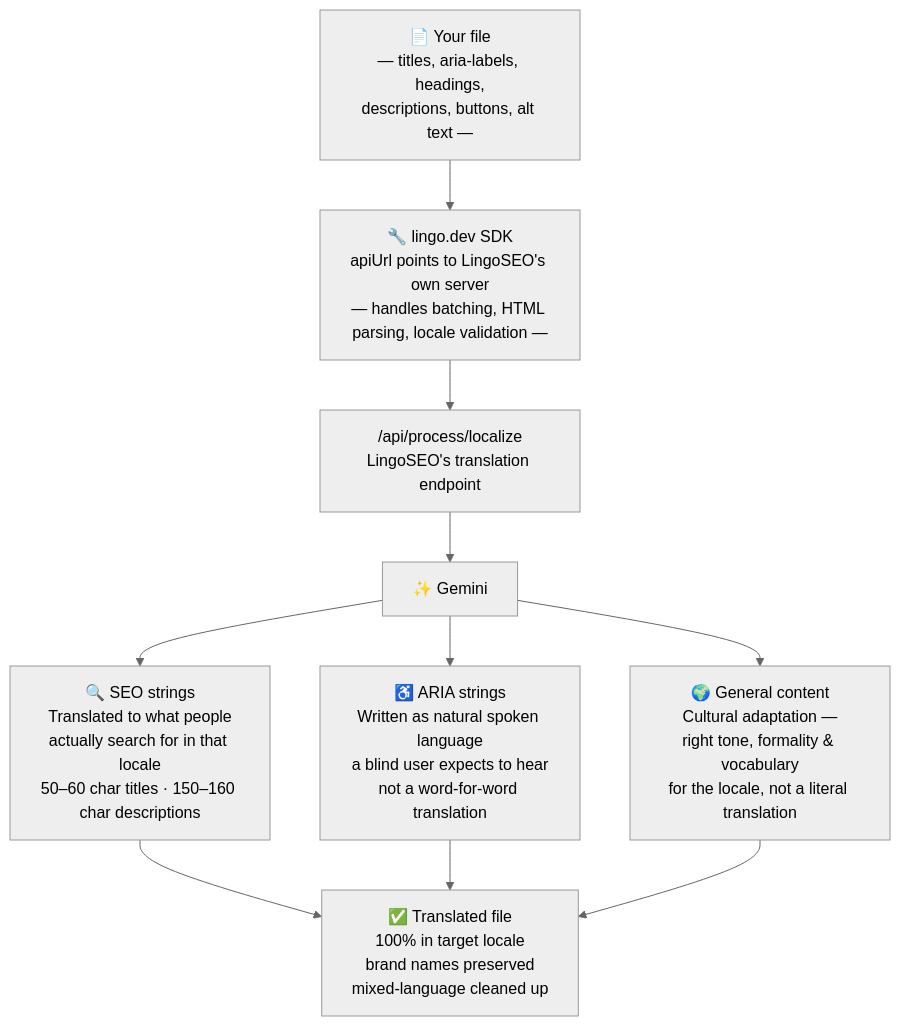
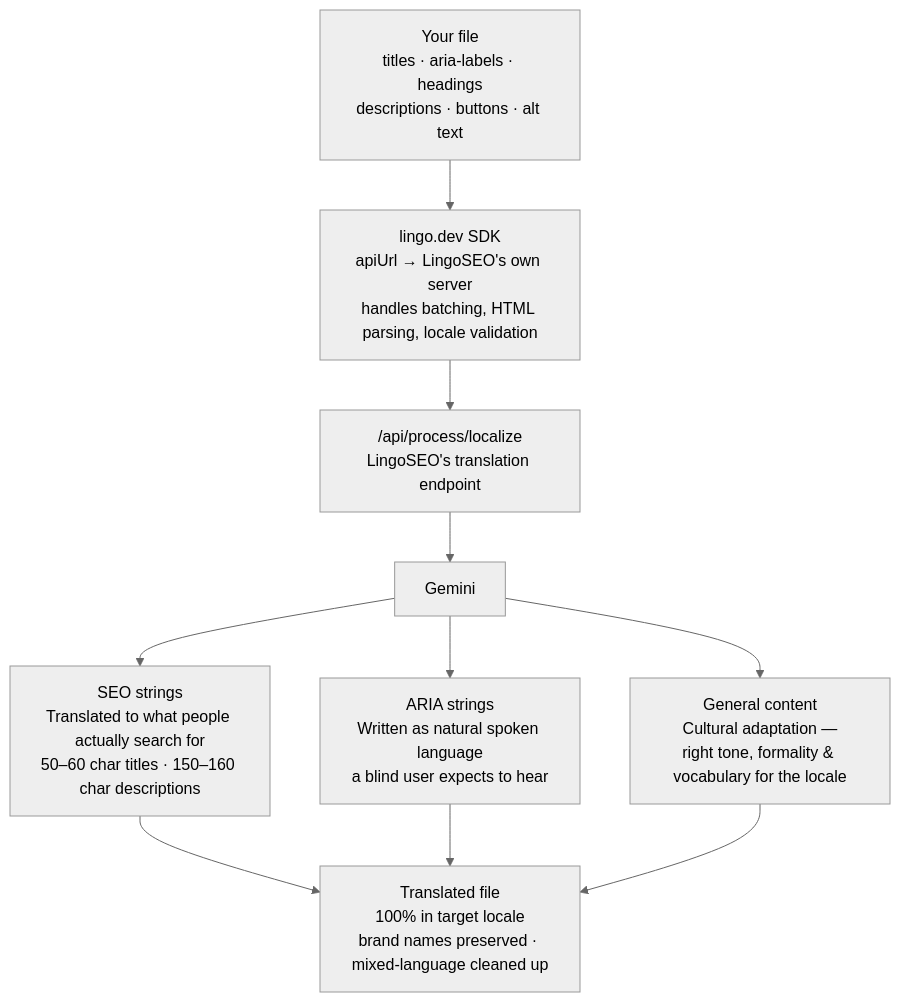
Before and after one commit to akiraid64/lingoseo: the diagram in README.md, drawn with Mermaid (neutral theme).

Commit message:
Fix Mermaid line breaks (use <br/> not \n) and remove emojis from diagram

````diff
--- a/README.md
+++ b/README.md
@@ -85,15 +85,15 @@
 ```mermaid
 flowchart TD
-    IN["📄 Your file\n— titles, aria-labels, headings,\ndescriptions, buttons, alt text —"]
-    IN --> SDK["🔧 lingo.dev SDK\napiUrl points to LingoSEO's own server\n— handles batching, HTML parsing, locale validation —"]
-    SDK --> LOC["/api/process/localize\nLingoSEO's translation endpoint"]
-    LOC --> GEM["✨ Gemini"]
+    IN["Your file<br/>titles · aria-labels · headings<br/>descriptions · buttons · alt text"]
+    IN --> SDK["lingo.dev SDK<br/>apiUrl → LingoSEO's own server<br/>handles batching, HTML parsing, locale validation"]
+    SDK --> LOC["/api/process/localize<br/>LingoSEO's translation endpoint"]
+    LOC --> GEM["Gemini"]
 
-    GEM --> SEO["🔍 SEO strings\nTranslated to what people\nactually search for in that locale\n50–60 char titles · 150–160 char descriptions"]
-    GEM --> ARIA["♿ ARIA strings\nWritten as natural spoken language\na blind user expects to hear\nnot a word-for-word translation"]
-    GEM --> GEN["🌍 General content\nCultural adaptation —\nright tone, formality & vocabulary\nfor the locale, not a literal translation"]
+    GEM --> SEO["SEO strings<br/>Translated to what people actually search for<br/>50–60 char titles · 150–160 char descriptions"]
+    GEM --> ARIA["ARIA strings<br/>Written as natural spoken language<br/>a blind user expects to hear"]
+    GEM --> GEN["General content<br/>Cultural adaptation —<br/>right tone, formality & vocabulary for the locale"]
 
-    SEO --> OUT["✅ Translated file\n100% in target locale\nbrand names preserved\nmixed-language cleaned up"]
+    SEO --> OUT["Translated file<br/>100% in target locale<br/>brand names preserved · mixed-language cleaned up"]
     ARIA --> OUT
     GEN --> OUT
 ```
````
